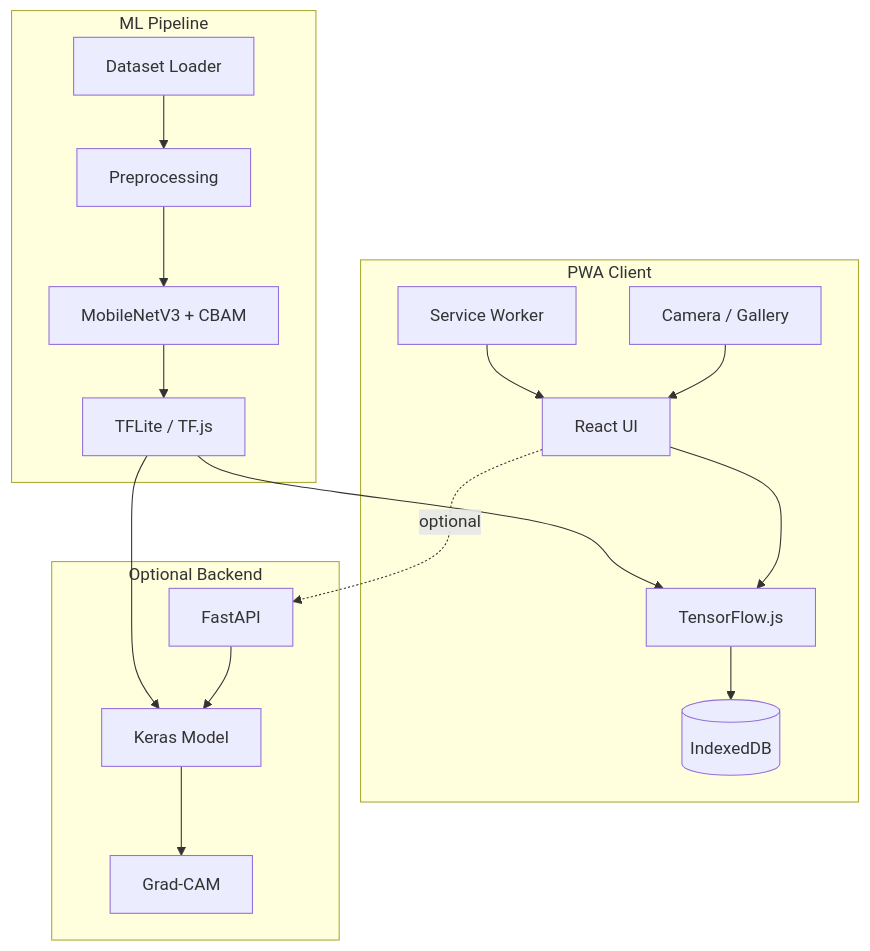
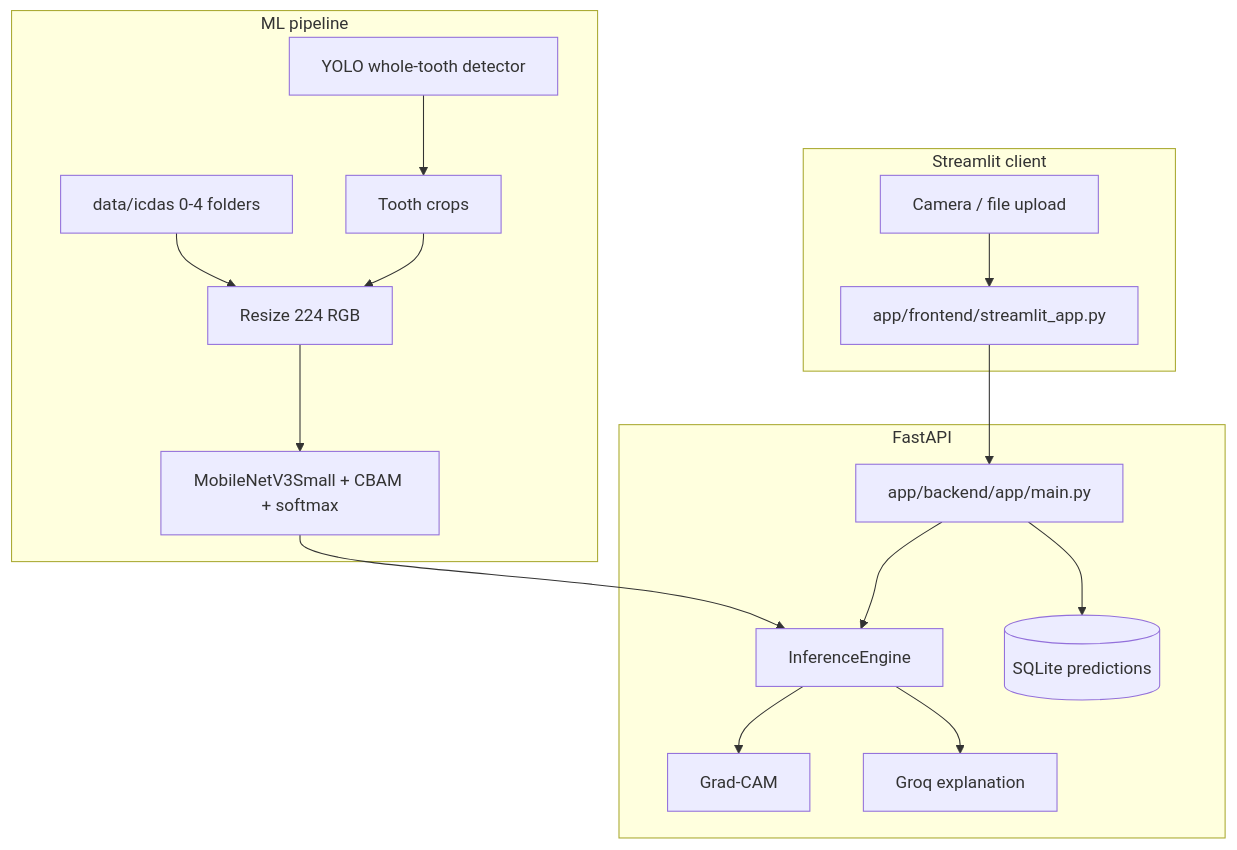
One commit to anant123490/iccc changed the first of 2 diagrams in docs/ARCHITECTURE.md. Above: the diagram before and after it, drawn with Mermaid. The commit also changed other lines of this file and 15888 other files, not shown here.

````diff
--- a/docs/ARCHITECTURE.md
+++ b/docs/ARCHITECTURE.md
@@ -5,33 +7,32 @@
 ```mermaid
 flowchart TB
-    subgraph Client["PWA Client"]
-        UI[React UI]
-        CAM[Camera / Gallery]
-        TFJS[TensorFlow.js]
-        IDB[(IndexedDB)]
-        SW[Service Worker]
+    subgraph Client["Streamlit client"]
+        UI[app/frontend/streamlit_app.py]
+        CAM[Camera / file upload]
     end
 
-    subgraph Optional["Optional Backend"]
-        API[FastAPI]
-        Keras[Keras Model]
+    subgraph Backend["FastAPI"]
+        API[app/backend/app/main.py]
+        Keras[InferenceEngine]
         GC[Grad-CAM]
+        Groq[Groq explanation]
+        DB[(SQLite predictions)]
     end
 
-    subgraph Training["ML Pipeline"]
-        Data[Dataset Loader]
-        Pre[Preprocessing]
-        Model[MobileNetV3 + CBAM]
-        Export[TFLite / TF.js]
+    subgraph Training["ML pipeline"]
+        Data[data/icdas 0-4 folders]
+        Pre[Resize 224 RGB]
+        Model[MobileNetV3Small + CBAM + softmax]
+        Det[YOLO whole-tooth detector]
+        Crop[Tooth crops]
     end
 
     CAM --> UI
-    UI --> TFJS
-    TFJS --> IDB
-    SW --> UI
-    UI -.->|optional| API
+    UI --> API
     API --> Keras --> GC
-    Data --> Pre --> Model --> Export
-    Export --> TFJS
-    Export --> Keras
+    Keras --> Groq
+    API --> DB
+    Det --> Crop --> Pre --> Model
+    Data --> Pre
+    Model --> Keras
 ```
````
